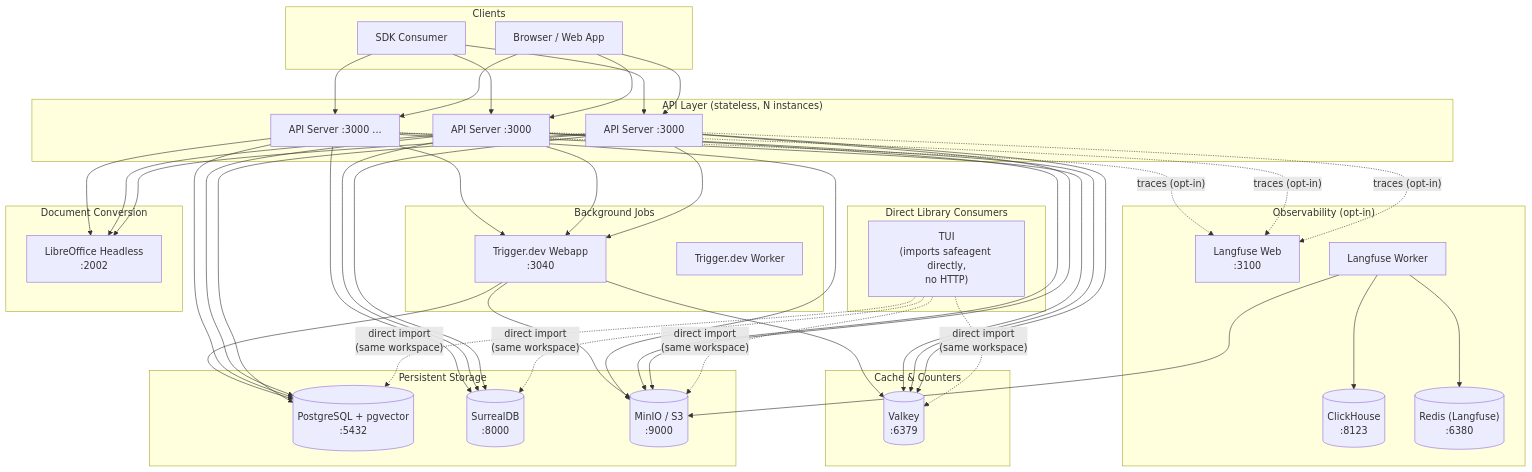
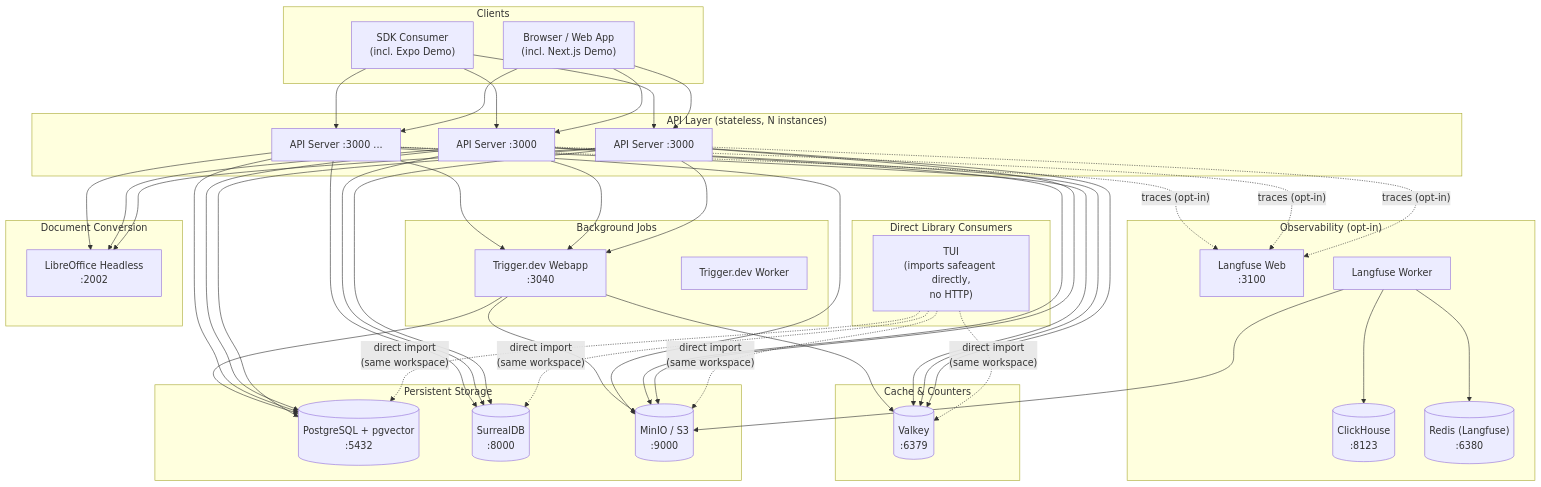
Before and after one commit to 1qh/safeagent: the second of 9 diagrams in plan/03-architecture.md, drawn with Mermaid. The commit also changed other lines of this file, not shown here.

Commit message:
plan: add frontend SDK packages to system architecture topology

````diff
--- a/plan/03-architecture.md
+++ b/plan/03-architecture.md
@@ -54,62 +60,62 @@
 ```mermaid
 graph TB
     subgraph CLIENTS["Clients"]
-        BROWSER_CLIENT["Browser / Web App"]
-        SDK_CONSUMER["SDK Consumer"]
+        BROWSER_CLIENT["Browser / Web App\n(incl. Next.js Demo)"]
+        SDK_CONSUMER["SDK Consumer\n(incl. Expo Demo)"]
     end
 
     subgraph DIRECT_LIBRARY_CONSUMERS["Direct Library Consumers"]
         TUI_CLIENT["TUI\n(imports safeagent directly,\nno HTTP)"]
     end
 
     subgraph API_LAYER["API Layer (stateless, N instances)"]
         API_INSTANCE_A["API Server :3000"]
         API_INSTANCE_B["API Server :3000"]
         API_INSTANCE_N["API Server :3000 ..."]
     end
 
     subgraph PERSISTENT_STORAGE["Persistent Storage"]
         POSTGRES_DB[("PostgreSQL + pgvector\n:5432")]
         SURREALDB[("SurrealDB\n:8000")]
         OBJECT_STORAGE[("MinIO / S3\n:9000")]
     end
 
     subgraph CACHE_AND_COUNTERS["Cache & Counters"]
         VALKEY_CACHE[("Valkey\n:6379")]
     end
 
     subgraph BACKGROUND_JOBS["Background Jobs"]
         TRIGGER_WEBAPP["Trigger.dev Webapp\n:3040"]
         TRIGGER_WORKER["Trigger.dev Worker"]
     end
 
     subgraph OBSERVABILITY_STACK["Observability (opt-in)"]
         LANGFUSE_WEB["Langfuse Web\n:3100"]
         LANGFUSE_WORKER["Langfuse Worker"]
         CLICKHOUSE_DB[("ClickHouse\n:8123")]
         LANGFUSE_REDIS[("Redis (Langfuse)\n:6380")]
     end
 
     subgraph DOCUMENT_CONVERSION["Document Conversion"]
         LIBREOFFICE_SERVICE["LibreOffice Headless\n:2002"]
     end
 
     BROWSER_CLIENT & SDK_CONSUMER --> API_INSTANCE_A & API_INSTANCE_B & API_INSTANCE_N
     TUI_CLIENT -.->|"direct import\n(same workspace)"| POSTGRES_DB & SURREALDB & OBJECT_STORAGE & VALKEY_CACHE
 
     API_INSTANCE_A & API_INSTANCE_B & API_INSTANCE_N --> POSTGRES_DB
     API_INSTANCE_A & API_INSTANCE_B & API_INSTANCE_N --> SURREALDB
     API_INSTANCE_A & API_INSTANCE_B & API_INSTANCE_N --> OBJECT_STORAGE
     API_INSTANCE_A & API_INSTANCE_B & API_INSTANCE_N --> VALKEY_CACHE
     API_INSTANCE_A & API_INSTANCE_B & API_INSTANCE_N --> TRIGGER_WEBAPP
     API_INSTANCE_A & API_INSTANCE_B & API_INSTANCE_N --> LIBREOFFICE_SERVICE
 
     TRIGGER_WEBAPP --> POSTGRES_DB
     TRIGGER_WEBAPP --> OBJECT_STORAGE
     TRIGGER_WEBAPP --> VALKEY_CACHE
 
     API_INSTANCE_A & API_INSTANCE_B & API_INSTANCE_N -.->|"traces (opt-in)"| LANGFUSE_WEB
     LANGFUSE_WORKER --> CLICKHOUSE_DB
     LANGFUSE_WORKER --> LANGFUSE_REDIS
     LANGFUSE_WORKER --> OBJECT_STORAGE
 ```
````
